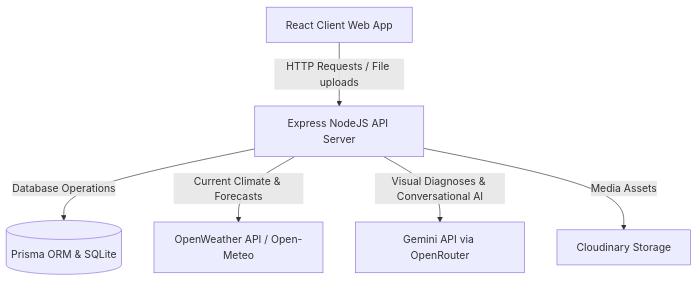
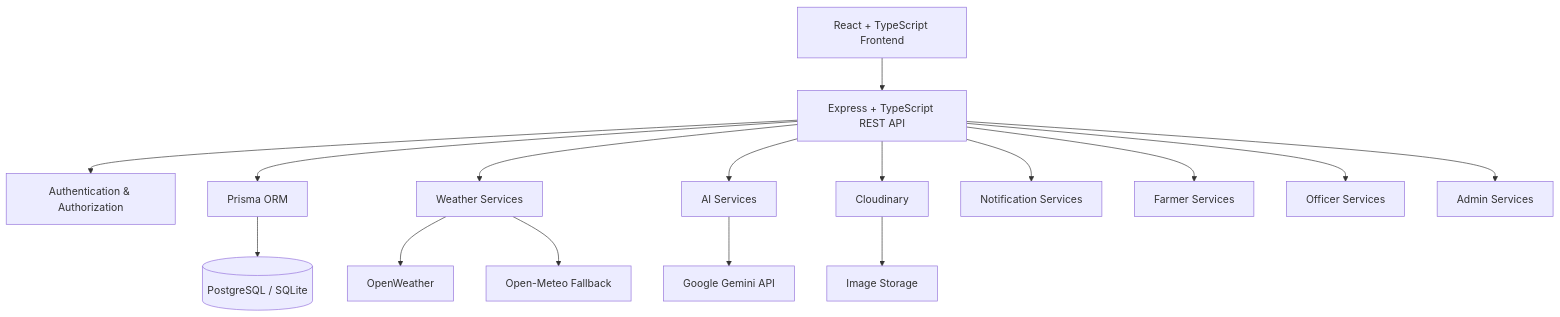
Before and after one commit to Sk-Mahmood-Hussain/ARVA: the diagram in README.md, drawn with Mermaid. The commit also changed other lines of this file, not shown here.

````diff
--- a/README.md
+++ b/README.md
@@ -11,8 +77,27 @@
 ```mermaid
 graph TD
-    A[React Client Web App] -->|HTTP Requests / File uploads| B[Express NodeJS API Server]
-    B -->|Database Operations| C[(Prisma ORM & SQLite)]
-    B -->|Current Climate & Forecasts| D[OpenWeather API / Open-Meteo]
-    B -->|Visual Diagnoses & Conversational AI| E[Gemini API via OpenRouter]
-    B -->|Media Assets| F[Cloudinary Storage]
+
+    A[React + TypeScript Frontend]
+
+    A --> B[Express + TypeScript REST API]
+
+    B --> C[Authentication & Authorization]
+    B --> D[Prisma ORM]
+    B --> E[Weather Services]
+    B --> F[AI Services]
+    B --> G[Cloudinary]
+    B --> H[Notification Services]
+
+    D --> I[(PostgreSQL / SQLite)]
+
+    E --> J[OpenWeather]
+    E --> K[Open-Meteo Fallback]
+
+    F --> L[Google Gemini API]
+
+    G --> M[Image Storage]
+
+    B --> N[Farmer Services]
+    B --> O[Officer Services]
+    B --> P[Admin Services]
 ```
````
